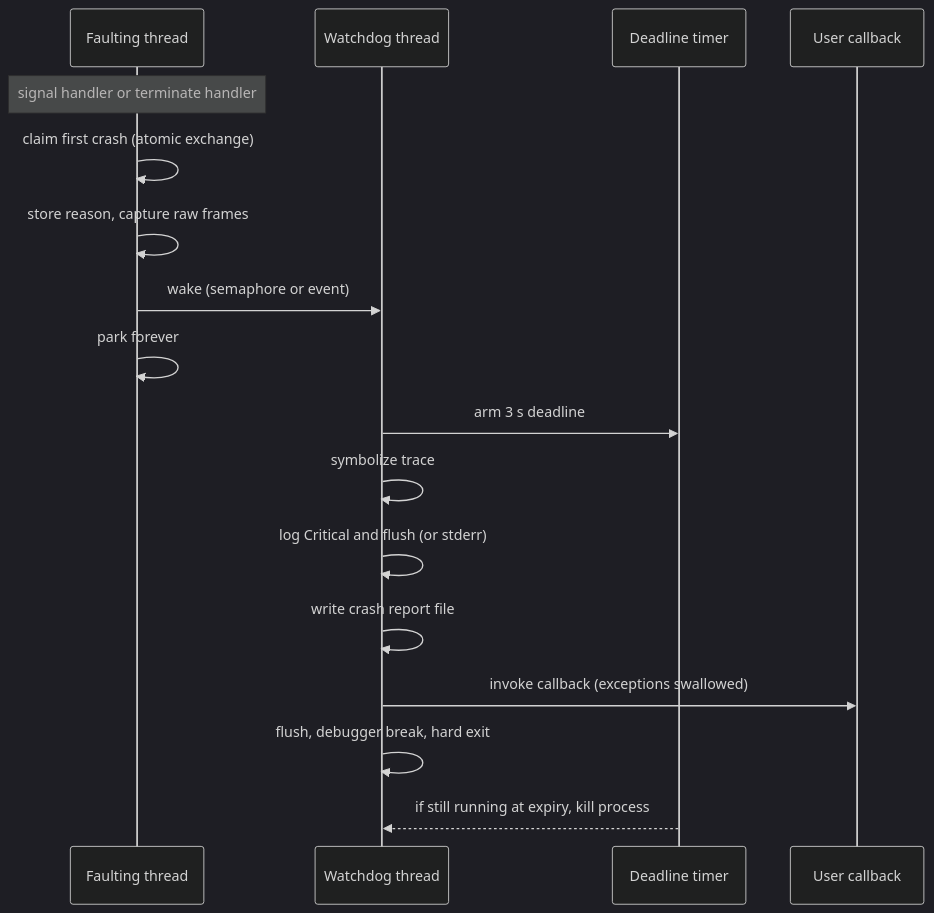
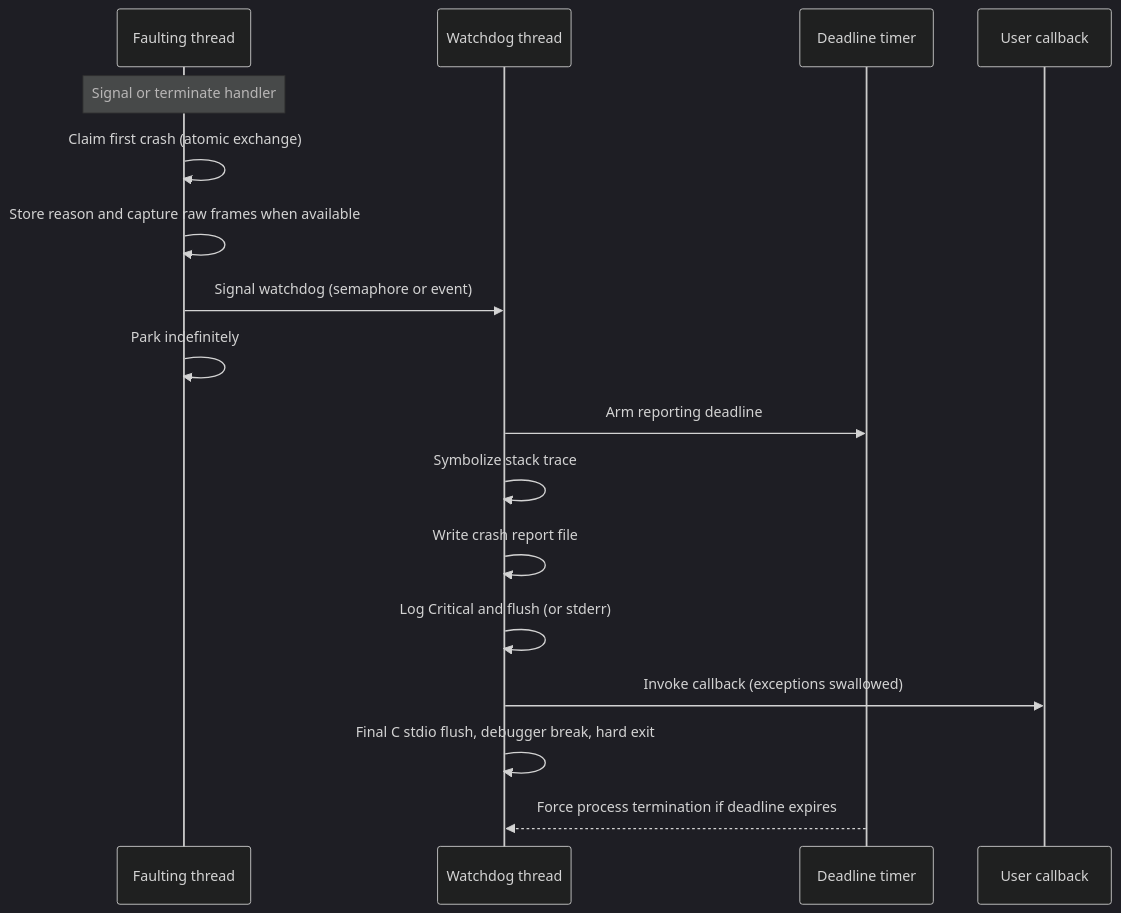
One commit to DMsuDev/vigil changed the second of 2 diagrams in docs/architecture.md. Above: the diagram before and after it, drawn with Mermaid (dark theme). The commit also changed other lines of this file and 7 other files, not shown here.

````diff
--- a/docs/architecture.md
+++ b/docs/architecture.md
@@ -155,20 +135,20 @@
 ```mermaid
 sequenceDiagram
     participant T as Faulting thread
     participant W as Watchdog thread
     participant D as Deadline timer
     participant U as User callback
 
-    Note over T: signal handler or terminate handler
-    T->>T: claim first crash (atomic exchange)
-    T->>T: store reason, capture raw frames
-    T->>W: wake (semaphore or event)
-    T->>T: park forever
-    W->>D: arm 3 s deadline
-    W->>W: symbolize trace
-    W->>W: log Critical and flush (or stderr)
-    W->>W: write crash report file
-    W->>U: invoke callback (exceptions swallowed)
-    W->>W: flush, debugger break, hard exit
-    D-->>W: if still running at expiry, kill process
+    Note over T: Signal or terminate handler
+    T->>T: Claim first crash (atomic exchange)
+    T->>T: Store reason and capture raw frames when available
+    T->>W: Signal watchdog (semaphore or event)
+    T->>T: Park indefinitely
+    W->>D: Arm reporting deadline
+    W->>W: Symbolize stack trace
+    W->>W: Write crash report file
+    W->>W: Log Critical and flush (or stderr)
+    W->>U: Invoke callback (exceptions swallowed)
+    W->>W: Final C stdio flush, debugger break, hard exit
+    D-->>W: Force process termination if deadline expires
 ```
````
